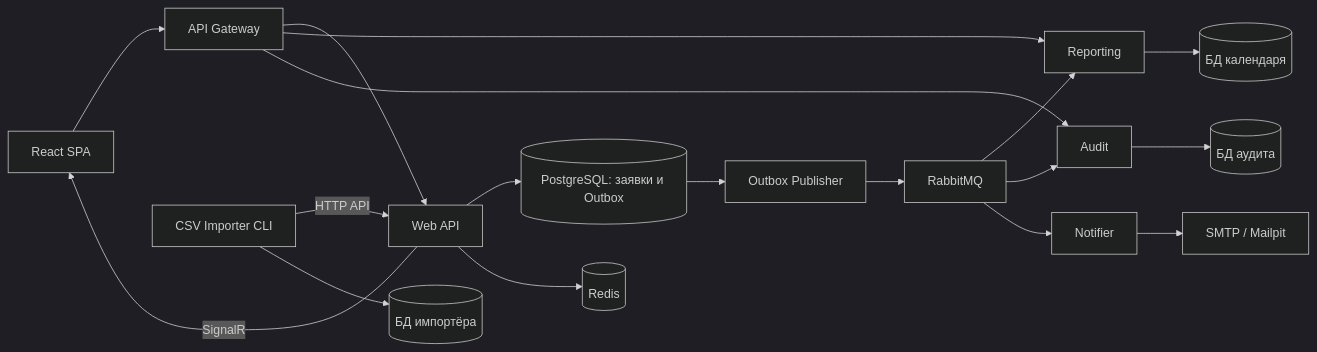
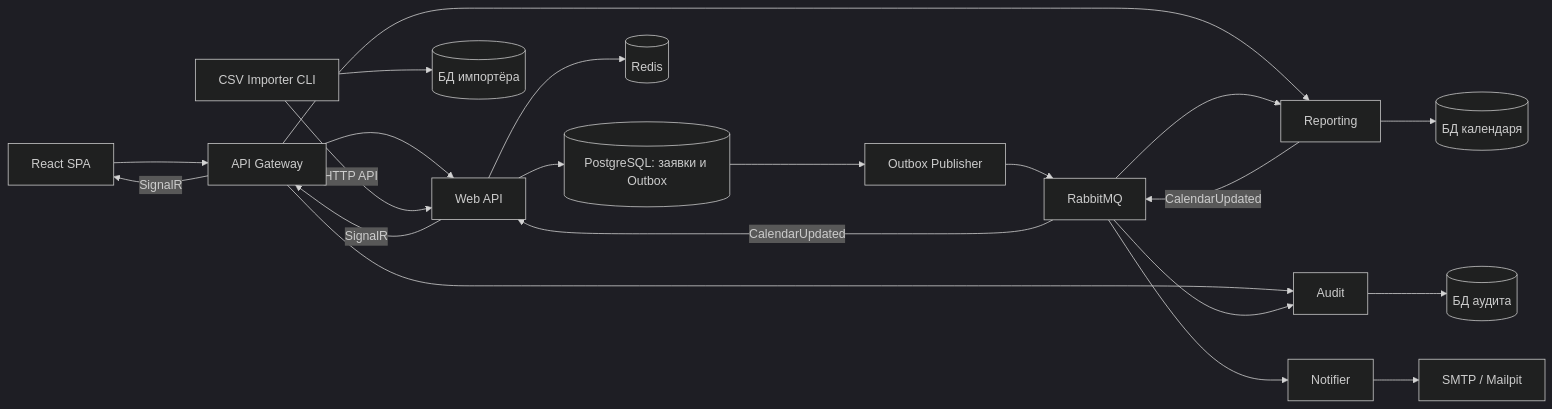
The diagram in README.md (DanilUfa/Otus_project), drawn with Mermaid (dark theme) before and after one commit. The commit also changed other lines of this file and 1 other file, not shown here.

````diff
--- a/README.md
+++ b/README.md
@@ -59,20 +79,23 @@
 ```mermaid
 flowchart LR
     UI[React SPA] --> GW[API Gateway]
     GW --> API[Web API]
     GW --> REPORT[Reporting]
     GW --> AUDIT[Audit]
     IMPORT[CSV Importer CLI] -->|HTTP API| API
     IMPORT --> IDB[(БД импортёра)]
     API --> DB[(PostgreSQL: заявки и Outbox)]
     API --> REDIS[(Redis)]
     DB --> OUT[Outbox Publisher]
     OUT --> MQ[RabbitMQ]
     MQ --> REPORT
     MQ --> AUDIT
     MQ --> NOTIFY[Notifier]
     NOTIFY --> MAIL[SMTP / Mailpit]
     REPORT --> RDB[(БД календаря)]
     AUDIT --> ADB[(БД аудита)]
-    API -->|SignalR| UI
+    REPORT -->|CalendarUpdated| MQ
+    MQ -->|CalendarUpdated| API
+    API -->|SignalR| GW
+    GW -->|SignalR| UI
 ```
````
